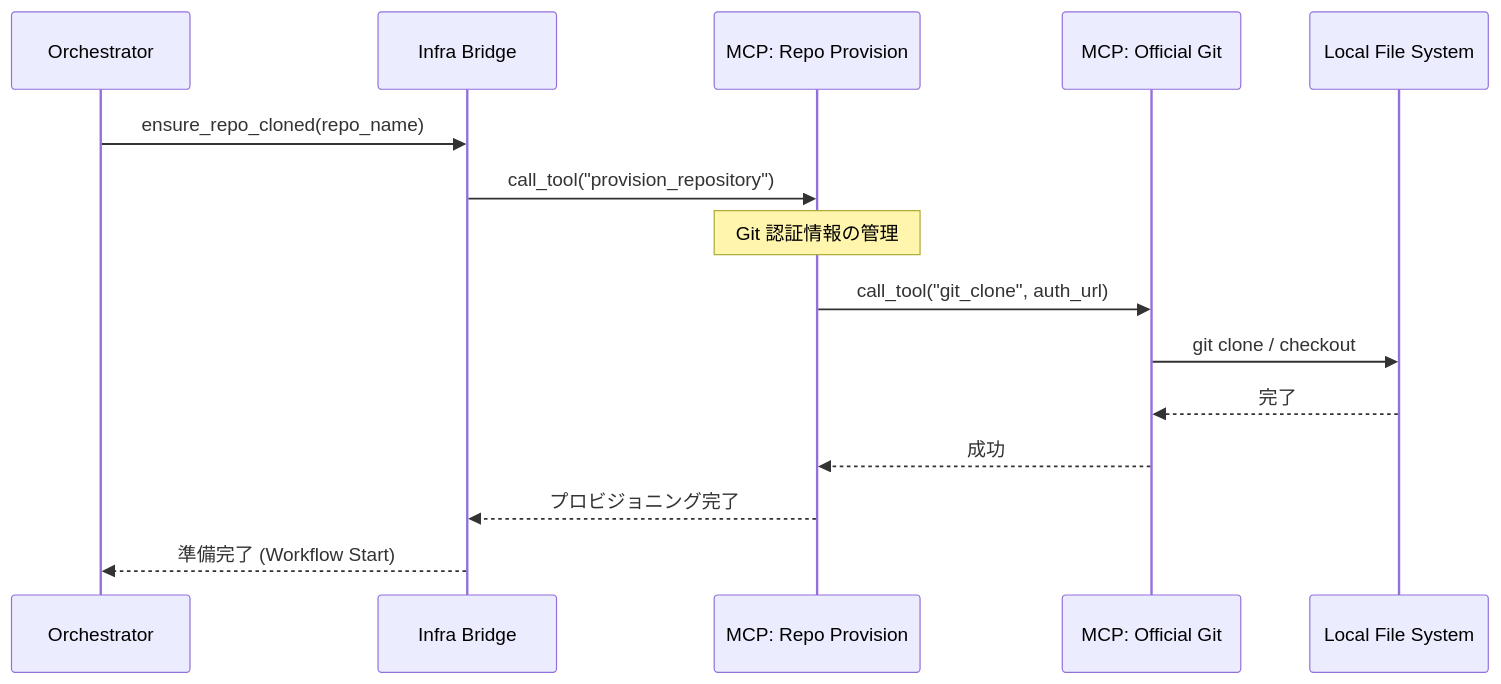
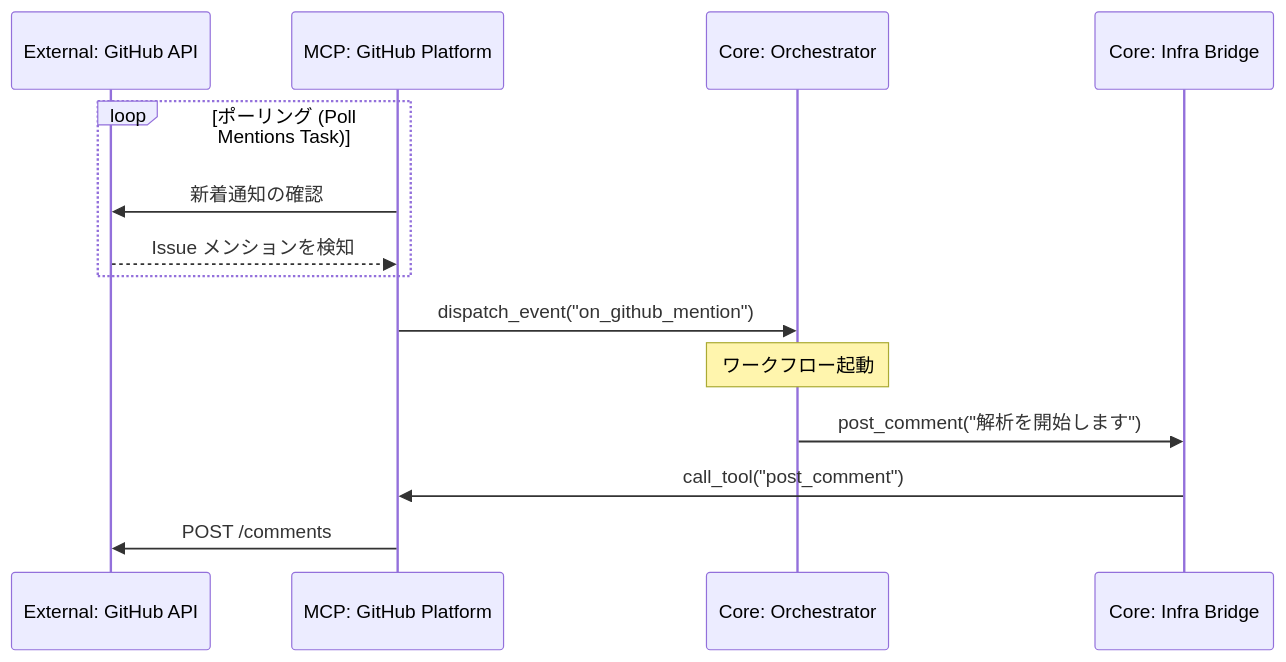
The second of 3 diagrams in docs/architecture_v2.md (globalpocket/cingulater), drawn with Mermaid before and after one commit. The commit also changed other lines of this file, not shown here.

Commit message:
docs: IDE/CLI/GitHub の全入力ルートを網羅したアーキテクチャ図 (V2) の確定

````diff
--- a/docs/architecture_v2.md
+++ b/docs/architecture_v2.md
@@ -50,20 +44,19 @@
 ```mermaid
 sequenceDiagram
-    participant ORCH as Orchestrator
-    participant BRG as Infra Bridge
-    participant RMCP as MCP: Repo Provision
-    participant GMCP as MCP: Official Git
-    participant FS as Local File System
+    participant API as External: GitHub API
+    participant GH as MCP: GitHub Platform
+    participant ORCH as Core: Orchestrator
+    participant BRG as Core: Infra Bridge
     
-    ORCH->>BRG: ensure_repo_cloned(repo_name)
-    BRG->>RMCP: call_tool("provision_repository")
+    loop ポーリング (Poll Mentions Task)
+        GH->>API: 新着通知の確認
+        API-->>GH: Issue メンションを検知
+    end
     
-    Note over RMCP: Git 認証情報の管理
-    RMCP->>GMCP: call_tool("git_clone", auth_url)
+    GH->>ORCH: dispatch_event("on_github_mention")
     
-    GMCP->>FS: git clone / checkout
-    FS-->>GMCP: 完了
-    GMCP-->>RMCP: 成功
-    RMCP-->>BRG: プロビジョニング完了
-    BRG-->>ORCH: 準備完了 (Workflow Start)
+    Note over ORCH: ワークフロー起動
+    ORCH->>BRG: post_comment("解析を開始します")
+    BRG->>GH: call_tool("post_comment")
+    GH->>API: POST /comments
 ```
````
